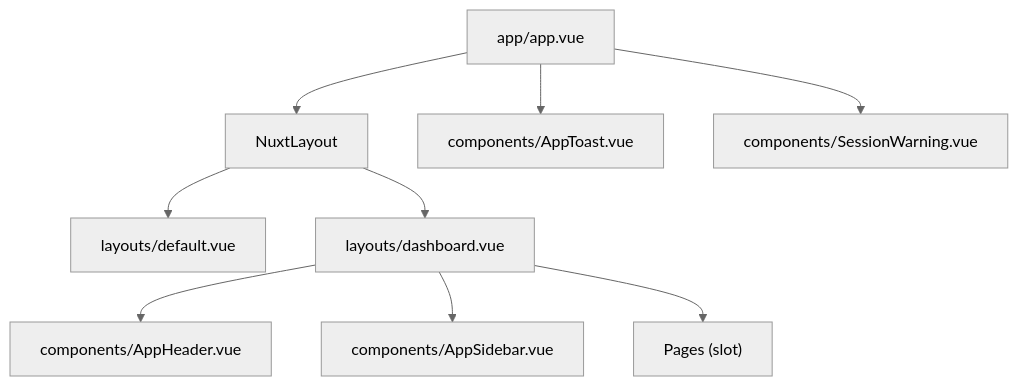
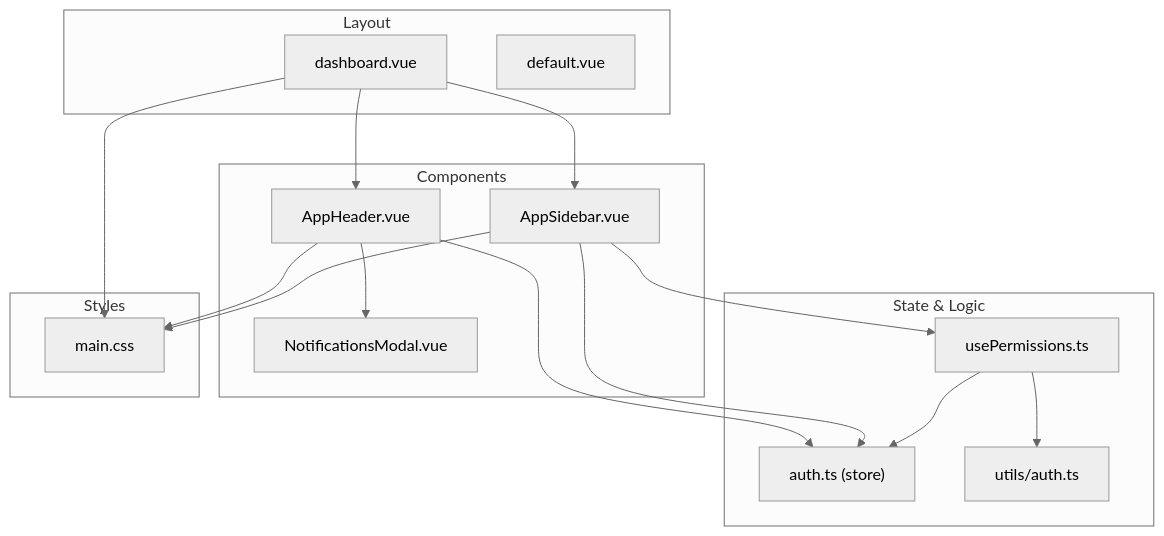
Before and after one commit to Lazynerd-Studios/lacarte-atlas-console: the first of 4 diagrams in .qoder/repowiki/en/content/Core UI Components/Layout Components.md, drawn with Mermaid (neutral theme). The commit also changed other lines of this file and 139 other files, not shown here.

````diff
--- a/.qoder/repowiki/en/content/Core UI Components/Layout Components.md
+++ b/.qoder/repowiki/en/content/Core UI Components/Layout Components.md
@@ -44,11 +33,31 @@
 ```mermaid
 graph TB
-App["app/app.vue"] --> NuxtLayout["NuxtLayout"]
-NuxtLayout --> DefaultLayout["layouts/default.vue"]
-NuxtLayout --> DashboardLayout["layouts/dashboard.vue"]
-DashboardLayout --> AppHeader["components/AppHeader.vue"]
-DashboardLayout --> AppSidebar["components/AppSidebar.vue"]
-DashboardLayout --> MainContent["Pages (slot)"]
-App --> Toast["components/AppToast.vue"]
-App --> SessionWarning["components/SessionWarning.vue"]
+subgraph "Layout"
+D["dashboard.vue"]
+DEF["default.vue"]
+end
+subgraph "Components"
+S["AppSidebar.vue"]
+H["AppHeader.vue"]
+N["NotificationsModal.vue"]
+end
+subgraph "State & Logic"
+AStore["auth.ts (store)"]
+P["usePermissions.ts"]
+UAuth["utils/auth.ts"]
+end
+subgraph "Styles"
+CSS["main.css"]
+end
+D --> S
+D --> H
+H --> N
+S --> P
+P --> AStore
+P --> UAuth
+S --> AStore
+H --> AStore
+D --> CSS
+S --> CSS
+H --> CSS
 ```
````
